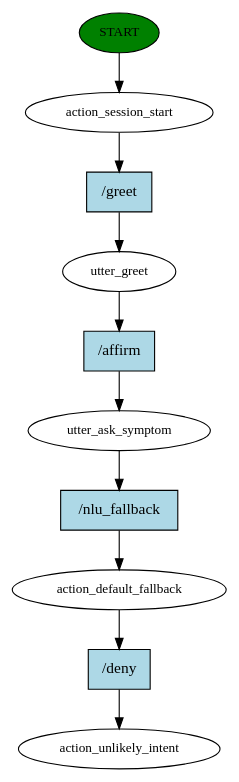
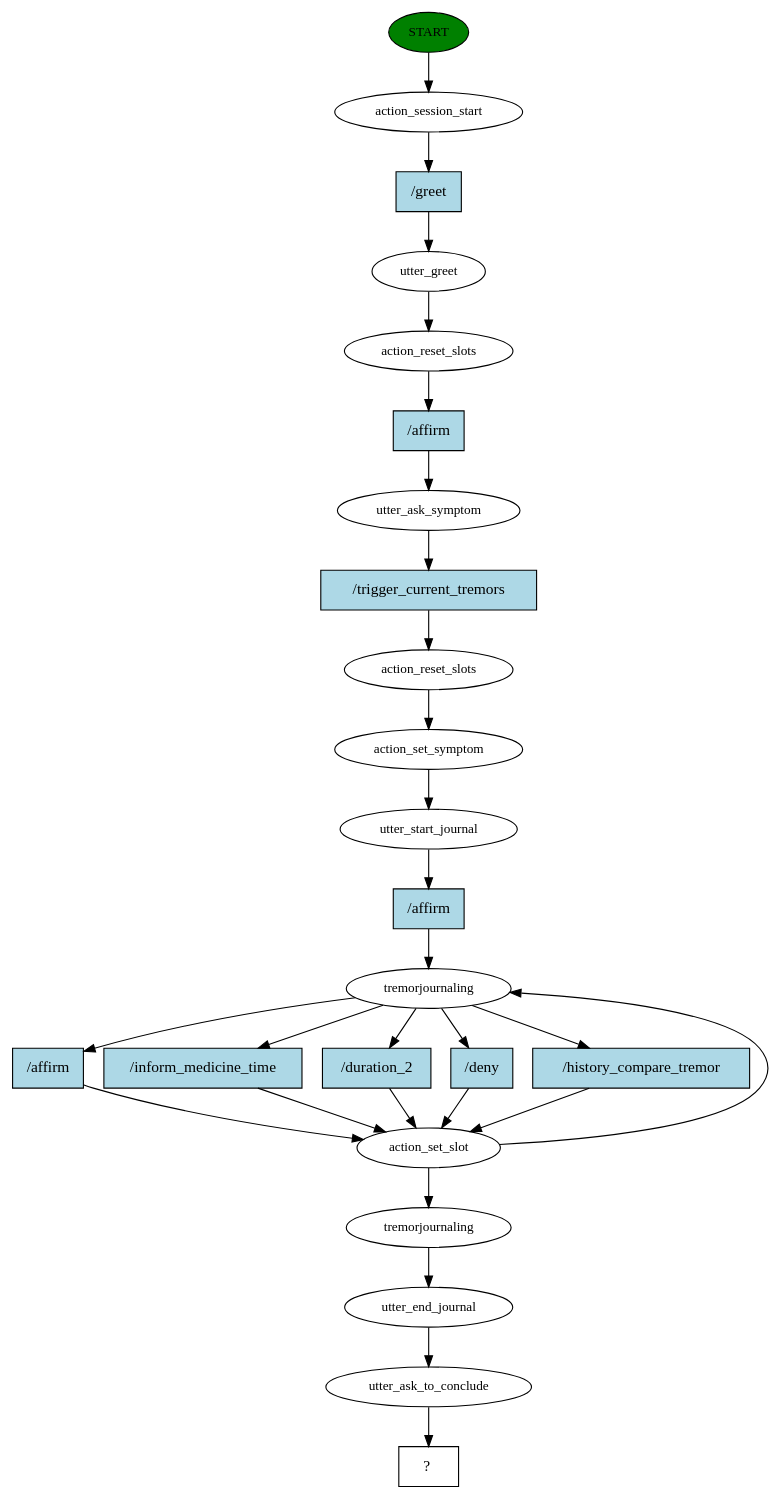
One commit to mashrur29/AI-Enabled-Conversational-Journaling-Agent changed the diagram in story_graph.dot. Above: the diagram before and after it, drawn with Graphviz. The commit also changed 7 other files, not shown here.

```diff
--- a/story_graph.dot
+++ b/story_graph.dot
@@ -1,21 +1,52 @@
 digraph  {
 0 [class="start active", fillcolor=green, fontsize=12, label=START, style=filled];
 1 [class=active, fontsize=12, label=action_session_start];
 2 [class=active, fontsize=12, label=utter_greet];
-3 [class=active, fontsize=12, label=utter_ask_symptom];
-4 [class=active, fontsize=12, label=action_default_fallback];
-5 [class="dashed active", fontsize=12, label=action_unlikely_intent];
-6 [class="intent active", fillcolor=lightblue, label="/greet", shape=rect, style=filled];
-7 [class="intent active", fillcolor=lightblue, label="/affirm", shape=rect, style=filled];
-8 [class="intent active", fillcolor=lightblue, label="/nlu_fallback", shape=rect, style=filled];
-9 [class="intent active", fillcolor=lightblue, label="/deny", shape=rect, style=filled];
+3 [class=active, fontsize=12, label=action_reset_slots];
+4 [class=active, fontsize=12, label=utter_ask_symptom];
+5 [class=active, fontsize=12, label=action_reset_slots];
+6 [class=active, fontsize=12, label=action_set_symptom];
+7 [class=active, fontsize=12, label=utter_start_journal];
+8 [class=active, fontsize=12, label=tremorjournaling];
+9 [class=active, fontsize=12, label=action_set_slot];
+20 [class=active, fontsize=12, label=tremorjournaling];
+21 [class=active, fontsize=12, label=utter_end_journal];
+22 [class=active, fontsize=12, label=utter_ask_to_conclude];
+23 [class="intent dashed active", label="  ?  ", shape=rect];
+24 [class="intent active", fillcolor=lightblue, label="/greet", shape=rect, style=filled];
+25 [class="intent active", fillcolor=lightblue, label="/affirm", shape=rect, style=filled];
+26 [class="intent active", fillcolor=lightblue, label="/trigger_current_tremors", shape=rect, style=filled];
+27 [class="intent active", fillcolor=lightblue, label="/affirm", shape=rect, style=filled];
+28 [class="intent active", fillcolor=lightblue, label="/affirm", shape=rect, style=filled];
+29 [class="intent active", fillcolor=lightblue, label="/inform_medicine_time", shape=rect, style=filled];
+30 [class="intent active", fillcolor=lightblue, label="/duration_2", shape=rect, style=filled];
+31 [class="intent active", fillcolor=lightblue, label="/deny", shape=rect, style=filled];
+32 [class="intent active", fillcolor=lightblue, label="/history_compare_tremor", shape=rect, style=filled];
 0 -> 1  [class=active, key=NONE, label=""];
-1 -> 6  [class=active, key=0];
-2 -> 7  [class=active, key=0];
-3 -> 8  [class=active, key=0];
-4 -> 9  [class=active, key=0];
-6 -> 2  [class=active, key=0];
-7 -> 3  [class=active, key=0];
-8 -> 4  [class=active, key=0];
-9 -> 5  [class=active, key=0];
+1 -> 24  [class=active, key=0];
+2 -> 3  [class=active, key=NONE, label=""];
+3 -> 25  [class=active, key=0];
+4 -> 26  [class=active, key=0];
+5 -> 6  [class=active, key=NONE, label=""];
+6 -> 7  [class=active, key=NONE, label=""];
+7 -> 27  [class=active, key=0];
+8 -> 28  [class=active, key=0];
+8 -> 29  [class=active, key=0];
+8 -> 30  [class=active, key=0];
+8 -> 31  [class=active, key=0];
+8 -> 32  [class=active, key=0];
+9 -> 8  [class=active, key=NONE, label=""];
+9 -> 20  [class=active, key=NONE, label=""];
+20 -> 21  [class=active, key=NONE, label=""];
+21 -> 22  [class=active, key=NONE, label=""];
+22 -> 23  [class=active, key=NONE, label=""];
+24 -> 2  [class=active, key=0];
+25 -> 4  [class=active, key=0];
+26 -> 5  [class=active, key=0];
+27 -> 8  [class=active, key=0];
+28 -> 9  [class=active, key=0];
+29 -> 9  [class=active, key=0];
+30 -> 9  [class=active, key=0];
+31 -> 9  [class=active, key=0];
+32 -> 9  [class=active, key=0];
 }
```
